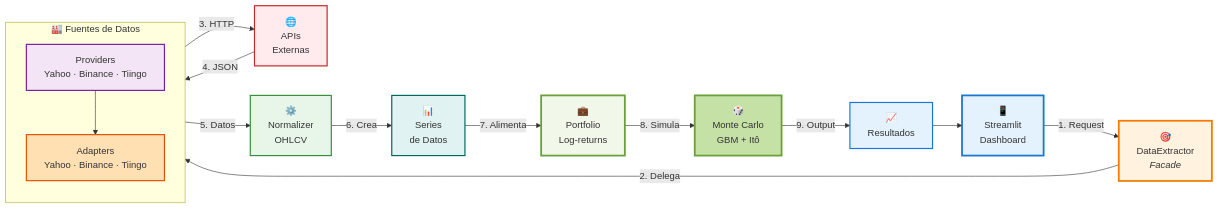
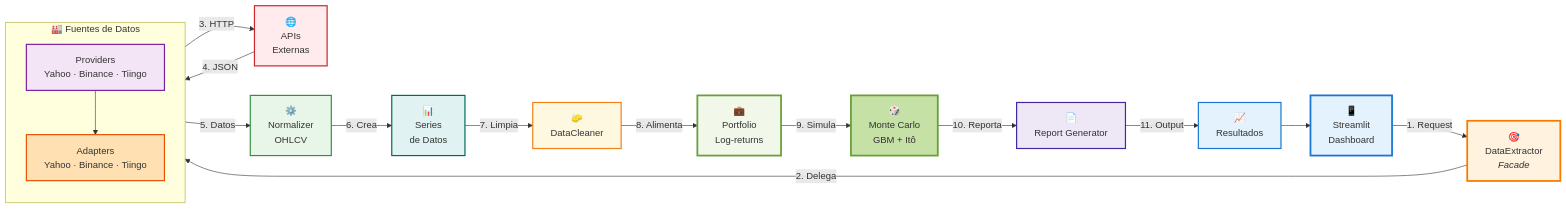
Before and after one commit to AlejandroGCN/analizador-bursatil: the second of 2 diagrams in docs/DIAGRAMAS.md, drawn with Mermaid. The commit also changed other lines of this file and 19 other files, not shown here.

````diff
--- a/docs/DIAGRAMAS.md
+++ b/docs/DIAGRAMAS.md
@@ -89,54 +88,62 @@
 ```mermaid
 graph LR
     %% ============================================
     %% DIAGRAMA 2: FLUJO Y ARQUITECTURA
     %% Horizontal - Muestra el flujo de datos
     %% ============================================
     
     UI[📱<br/>Streamlit<br/>Dashboard]
     
     FACADE[🎯<br/>DataExtractor<br/><i>Facade</i>]
     
     subgraph SOURCES["🏭 Fuentes de Datos"]
         direction TB
         PROV[Providers<br/>Yahoo · Binance · Tiingo]
         ADAP[Adapters<br/>Yahoo · Binance · Tiingo]
         PROV --> ADAP
     end
     
     APIS[🌐<br/>APIs<br/>Externas]
     
     NORM[⚙️<br/>Normalizer<br/>OHLCV]
     
     SERIES[📊<br/>Series<br/>de Datos]
-    
+
+    CLEANER[🧽<br/>DataCleaner]
+
     PORTFOLIO[💼<br/>Portfolio<br/>Log-returns]
-    
+
     MC[🎲<br/>Monte Carlo<br/>GBM + Itô]
-    
+
+    REPORTS[📄<br/>Report Generator]
+
     RESULTS[📈<br/>Resultados]
     
     %% FLUJO PRINCIPAL
     UI -->|1. Request| FACADE
     FACADE -->|2. Delega| SOURCES
     SOURCES -->|3. HTTP| APIS
     APIS -->|4. JSON| SOURCES
     SOURCES -->|5. Datos| NORM
     NORM -->|6. Crea| SERIES
-    SERIES -->|7. Alimenta| PORTFOLIO
-    PORTFOLIO -->|8. Simula| MC
-    MC -->|9. Output| RESULTS
+    SERIES -->|7. Limpia| CLEANER
+    CLEANER -->|8. Alimenta| PORTFOLIO
+    PORTFOLIO -->|9. Simula| MC
+    MC -->|10. Reporta| REPORTS
+    REPORTS -->|11. Output| RESULTS
     RESULTS --> UI
     
     %% ESTILOS
     style UI fill:#e3f2fd,stroke:#1976d2,stroke-width:3px
     style FACADE fill:#fff3e0,stroke:#f57c00,stroke-width:3px
     style PROV fill:#f3e5f5,stroke:#7b1fa2,stroke-width:2px
     style ADAP fill:#ffe0b2,stroke:#e65100,stroke-width:2px
     style APIS fill:#ffebee,stroke:#c62828,stroke-width:2px
     style NORM fill:#e8f5e9,stroke:#388e3c,stroke-width:2px
     style SERIES fill:#e0f2f1,stroke:#00695c,stroke-width:2px
+    style CLEANER fill:#fff8e1,stroke:#f57f17,stroke-width:2px
     style PORTFOLIO fill:#f1f8e9,stroke:#689f38,stroke-width:3px
     style MC fill:#c5e1a5,stroke:#689f38,stroke-width:3px
+    style REPORTS fill:#ede7f6,stroke:#4527a0,stroke-width:2px
     style RESULTS fill:#e3f2fd,stroke:#1976d2,stroke-width:2px
 ```
````
